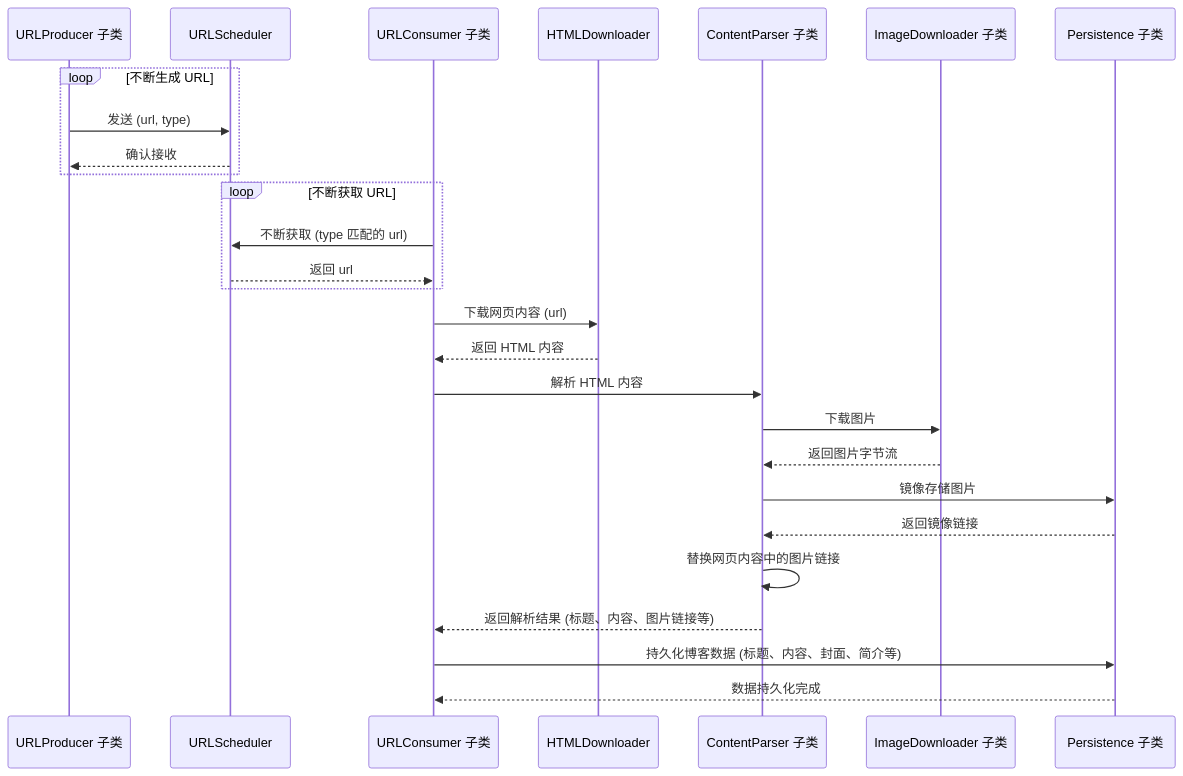
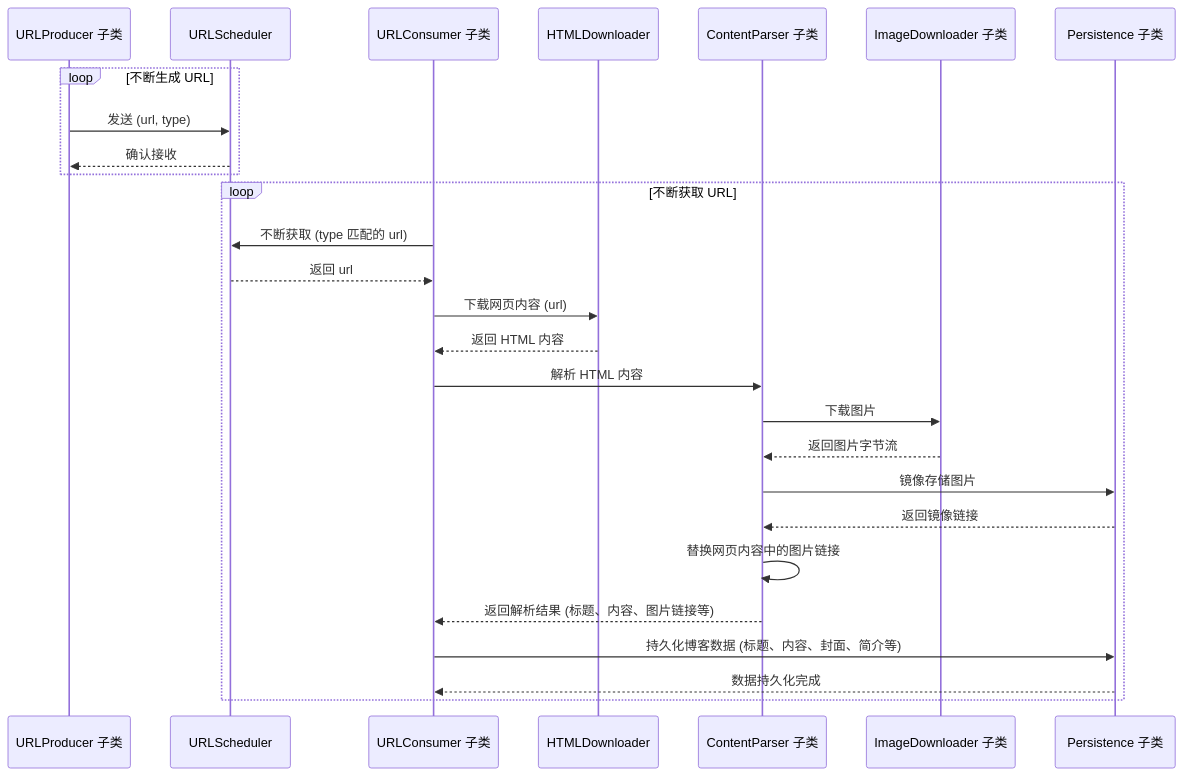
The second of 2 diagrams in README.md (jiang-taibai/blog-crawler), drawn with Mermaid before and after one commit. The commit also changed other lines of this file, not shown here.

Commit message:
docs: 完善文档

````diff
--- a/README.md
+++ b/README.md
@@ -58,32 +61,32 @@
 ```mermaid
 sequenceDiagram
     participant URLProducer as URLProducer 子类
     participant URLScheduler as URLScheduler
     participant URLConsumer as URLConsumer 子类
     participant HTMLDownloader as HTMLDownloader
     participant ContentParser as ContentParser 子类
     participant ImageDownloader as ImageDownloader 子类
     participant Persistence as Persistence 子类
 
     loop 不断生成 URL
         URLProducer ->> URLScheduler: 发送 (url, type)
         URLScheduler -->> URLProducer: 确认接收
     end
 
     loop 不断获取 URL
         URLConsumer ->> URLScheduler: 不断获取 (type 匹配的 url)
         URLScheduler -->> URLConsumer: 返回 url
+        URLConsumer ->> HTMLDownloader: 下载网页内容 (url)
+        HTMLDownloader -->> URLConsumer: 返回 HTML 内容
+        URLConsumer ->> ContentParser: 解析 HTML 内容
+        ContentParser ->> ImageDownloader: 下载图片
+        ImageDownloader -->> ContentParser: 返回图片字节流
+        ContentParser ->> Persistence: 镜像存储图片
+        Persistence -->> ContentParser: 返回镜像链接
+        ContentParser ->> ContentParser: 替换网页内容中的图片链接
+        ContentParser -->> URLConsumer: 返回解析结果 (标题、内容、图片链接等)
+        URLConsumer ->> Persistence: 持久化博客数据 (标题、内容、封面、简介等)
+        Persistence -->> URLConsumer: 数据持久化完成
     end
 
-    URLConsumer ->> HTMLDownloader: 下载网页内容 (url)
-    HTMLDownloader -->> URLConsumer: 返回 HTML 内容
-    URLConsumer ->> ContentParser: 解析 HTML 内容
-    ContentParser ->> ImageDownloader: 下载图片
-    ImageDownloader -->> ContentParser: 返回图片字节流
-    ContentParser ->> Persistence: 镜像存储图片
-    Persistence -->> ContentParser: 返回镜像链接
-    ContentParser ->> ContentParser: 替换网页内容中的图片链接
-    ContentParser -->> URLConsumer: 返回解析结果 (标题、内容、图片链接等)
-    URLConsumer ->> Persistence: 持久化博客数据 (标题、内容、封面、简介等)
-    Persistence -->> URLConsumer: 数据持久化完成
 ```
````
